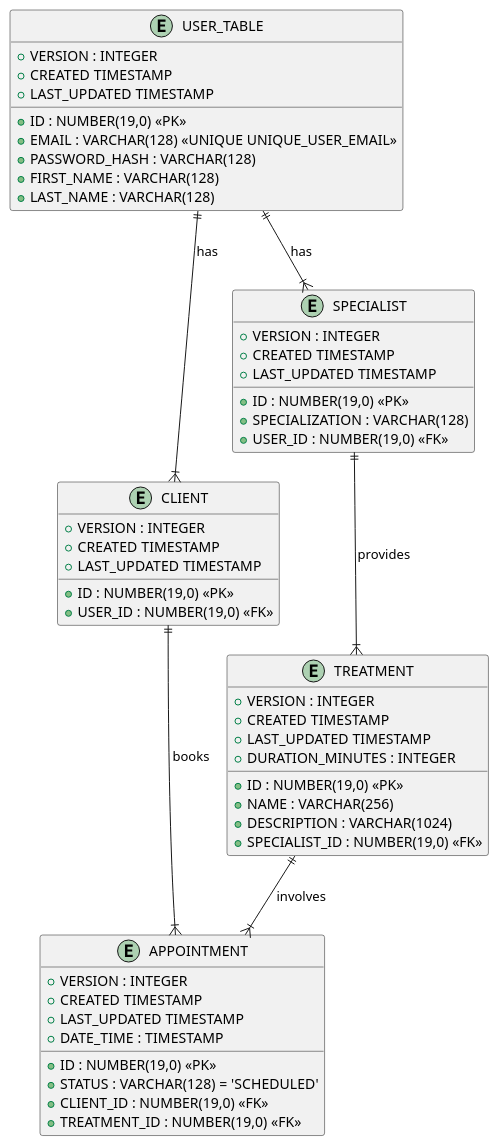
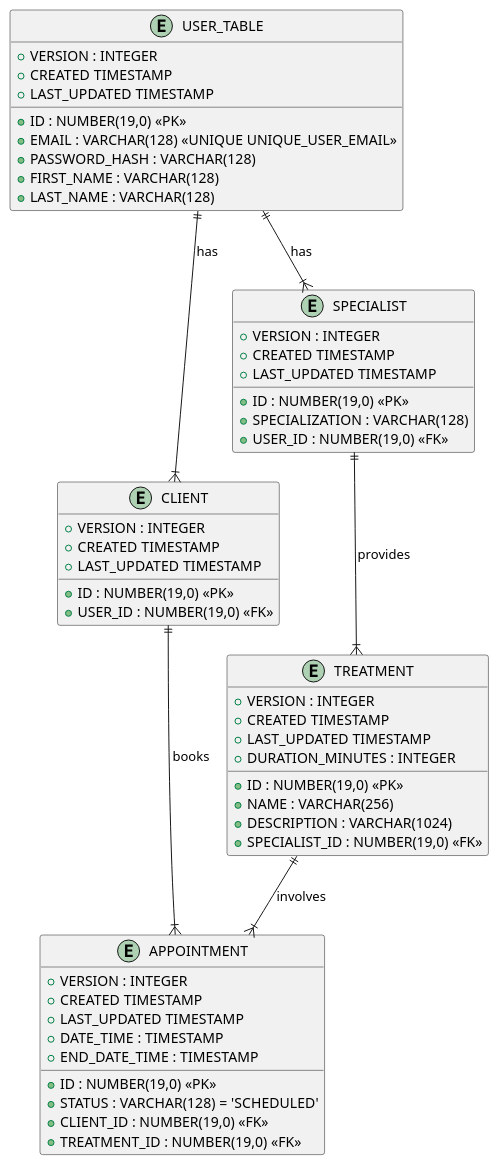
One commit to java-backend-foundations/java-backend-developer-exercises changed the diagram in images/puml/trainingDB.puml. Above: the diagram before and after it, drawn with PlantUML. The commit also changed 3 other files, not shown here.

Commit message:
Schema Fix for Dataaccess

```diff
--- a/images/puml/trainingDB.puml
+++ b/images/puml/trainingDB.puml
@@ -1,59 +1,60 @@
 @startuml
 
 entity USER_TABLE {
     + ID : NUMBER(19,0) <<PK>>
     + VERSION : INTEGER
     + CREATED TIMESTAMP
     + LAST_UPDATED TIMESTAMP
     + EMAIL : VARCHAR(128) <<UNIQUE UNIQUE_USER_EMAIL>>
     + PASSWORD_HASH : VARCHAR(128)
     + FIRST_NAME : VARCHAR(128)
     + LAST_NAME : VARCHAR(128)
 }
 
 entity CLIENT {
     + ID : NUMBER(19,0) <<PK>>
     + VERSION : INTEGER
     + CREATED TIMESTAMP
     + LAST_UPDATED TIMESTAMP
     + USER_ID : NUMBER(19,0) <<FK>>
 }
 
 entity SPECIALIST {
     + ID : NUMBER(19,0) <<PK>>
     + VERSION : INTEGER
     + CREATED TIMESTAMP
     + LAST_UPDATED TIMESTAMP
     + SPECIALIZATION : VARCHAR(128)
     + USER_ID : NUMBER(19,0) <<FK>>
 }
 
 entity TREATMENT {
     + ID : NUMBER(19,0) <<PK>>
     + VERSION : INTEGER
     + CREATED TIMESTAMP
     + LAST_UPDATED TIMESTAMP
     + NAME : VARCHAR(256)
     + DESCRIPTION : VARCHAR(1024)
     + DURATION_MINUTES : INTEGER
     + SPECIALIST_ID : NUMBER(19,0) <<FK>>
 }
 
 entity APPOINTMENT {
     + ID : NUMBER(19,0) <<PK>>
     + VERSION : INTEGER
     + CREATED TIMESTAMP
     + LAST_UPDATED TIMESTAMP
     + DATE_TIME : TIMESTAMP
+    + END_DATE_TIME : TIMESTAMP
     + STATUS : VARCHAR(128) = 'SCHEDULED'
     + CLIENT_ID : NUMBER(19,0) <<FK>>
     + TREATMENT_ID : NUMBER(19,0) <<FK>>
 }
 
 USER_TABLE ||--|{ CLIENT : "has"
 USER_TABLE ||--|{ SPECIALIST : "has"
 SPECIALIST ||--|{ TREATMENT : "provides"
 CLIENT ||--|{ APPOINTMENT : "books"
 TREATMENT ||--|{ APPOINTMENT : "involves"
 
 @enduml
```
